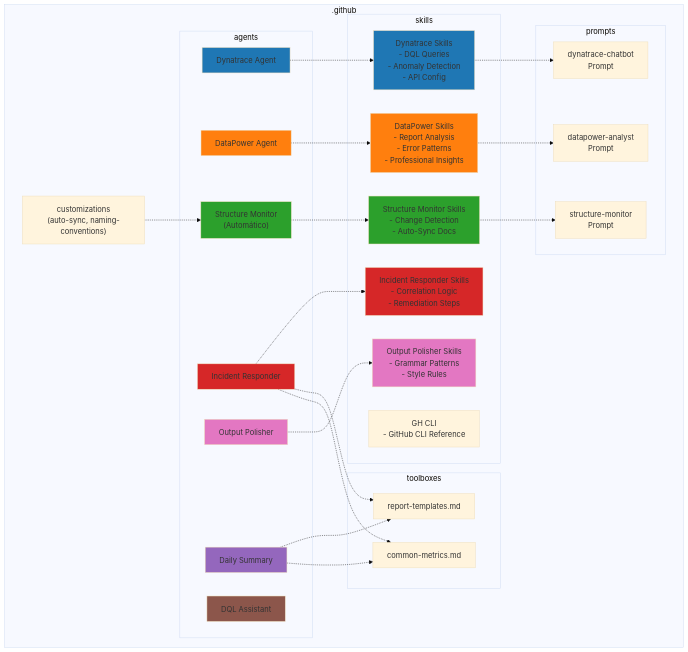
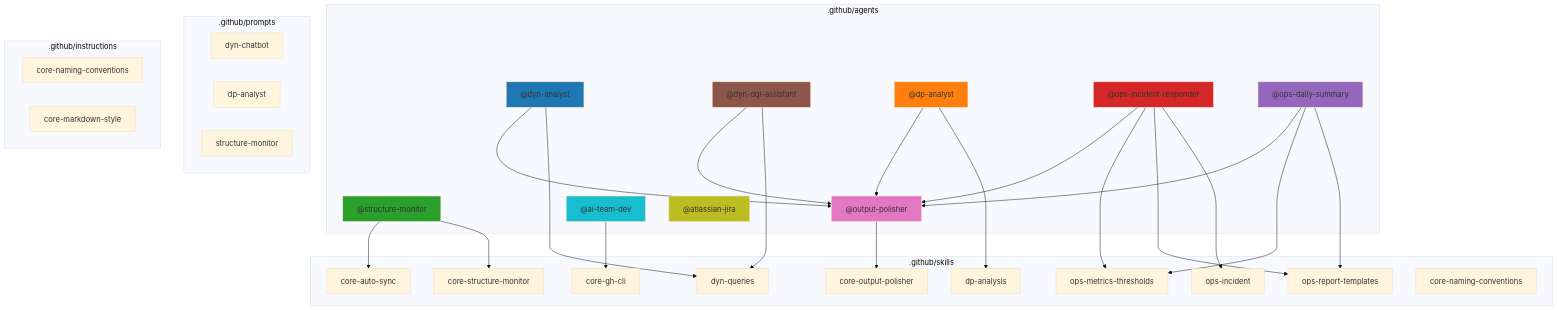
The first of 2 diagrams in README.md (johansparra/ai-carib-intelligence-agent), drawn with Mermaid (base theme) before and after one commit. The commit also changed other lines of this file and 3 other files, not shown here.

First line of the commit message:
docs: sync README.md diagrams and project references

````diff
--- a/README.md
+++ b/README.md
@@ -7,59 +7,67 @@
 ```mermaid
 graph TB
-    subgraph ".github"
-        subgraph "agents"
-            DN["Dynatrace Agent"]
-            DP["DataPower Agent"]
-            SM["Structure Monitor<br/>(Automático)"]
-            IR["Incident Responder"]
-            DS["Daily Summary"]
-            DQL["DQL Assistant"]
-            OP["Output Polisher"]
-        end
-        subgraph "skills"
-            DNSKILL["Dynatrace Skills<br/>- DQL Queries<br/>- Anomaly Detection<br/>- API Config"]
-            DPSKILL["DataPower Skills<br/>- Report Analysis<br/>- Error Patterns<br/>- Professional Insights"]
-            SMSKILL["Structure Monitor Skills<br/>- Change Detection<br/>- Auto-Sync Docs"]
-            IRSKILL["Incident Responder Skills<br/>- Correlation Logic<br/>- Remediation Steps"]
-            OPSKILL["Output Polisher Skills<br/>- Grammar Patterns<br/>- Style Rules"]
-            GHSKILL["GH CLI<br/>- GitHub CLI Reference"]
-        end
-        subgraph "prompts"
-            DNPROMPT["dynatrace-chatbot<br/>Prompt"]
-            DPPROMPT["datapower-analyst<br/>Prompt"]
-            SMPROMPT["structure-monitor<br/>Prompt"]
-        end
-        subgraph "toolboxes"
-            RPT["report-templates.md"]
-            CM["common-metrics.md"]
-        end
-        CUSTOM["customizations<br/>(auto-sync, naming-conventions)"]
+    subgraph ".github/agents"
+        DN["@dyn-analyst"]
+        DQL["@dyn-dql-assistant"]
+        DPA["@dp-analyst"]
+        IR["@ops-incident-responder"]
+        DS["@ops-daily-summary"]
+        SM["@structure-monitor"]
+        OP["@output-polisher"]
+        TEAM["@ai-team-dev"]
+        JIRA["@atlassian-jira"]
     end
 
-    DN -.-> DNSKILL
-    DNSKILL -.-> DNPROMPT
-    DP -.-> DPSKILL
-    DPSKILL -.-> DPPROMPT
-    SM -.-> SMSKILL
-    SMSKILL -.-> SMPROMPT
-    IR -.-> IRSKILL
-    OP -.-> OPSKILL
-    CUSTOM -.-> SM
-    IR -.-> RPT
-    DS -.-> RPT
-    IR -.-> CM
-    DS -.-> CM
+    subgraph ".github/skills"
+        DQ["dyn-queries"]
+        DPS["dp-analysis"]
+        OPI["ops-incident"]
+        ORT["ops-report-templates"]
+        OMT["ops-metrics-thresholds"]
+        CSM["core-structure-monitor"]
+        CAS["core-auto-sync"]
+        COP["core-output-polisher"]
+        CGH["core-gh-cli"]
+        CNC["core-naming-conventions"]
+    end
+
+    subgraph ".github/prompts"
+        PDN["dyn-chatbot"]
+        PDP["dp-analyst"]
+        PSM["structure-monitor"]
+    end
+
+    subgraph ".github/instructions"
+        INC["core-naming-conventions"]
+        IMD["core-markdown-style"]
+    end
+
+    DN --> DQ
+    DQL --> DQ
+    DPA --> DPS
+    IR --> OPI
+    IR --> ORT
+    IR --> OMT
+    DS --> ORT
+    DS --> OMT
+    SM --> CSM
+    SM --> CAS
+    OP --> COP
+    TEAM --> CGH
+
+    DN --> OP
+    DPA --> OP
+    IR --> OP
+    DS --> OP
+    DQL --> OP
 
     style DN fill:#1f77b4
-    style DP fill:#ff7f0e
-    style SM fill:#2ca02c
+    style DQL fill:#8c564b
+    style DPA fill:#ff7f0e
     style IR fill:#d62728
     style DS fill:#9467bd
-    style DQL fill:#8c564b
+    style SM fill:#2ca02c
     style OP fill:#e377c2
-    style DNSKILL fill:#1f77b4
-    style DPSKILL fill:#ff7f0e
-    style SMSKILL fill:#2ca02c
-    style IRSKILL fill:#d62728
-    style OPSKILL fill:#e377c2
+    style TEAM fill:#17becf
+    style JIRA fill:#bcbd22
 ```
````
